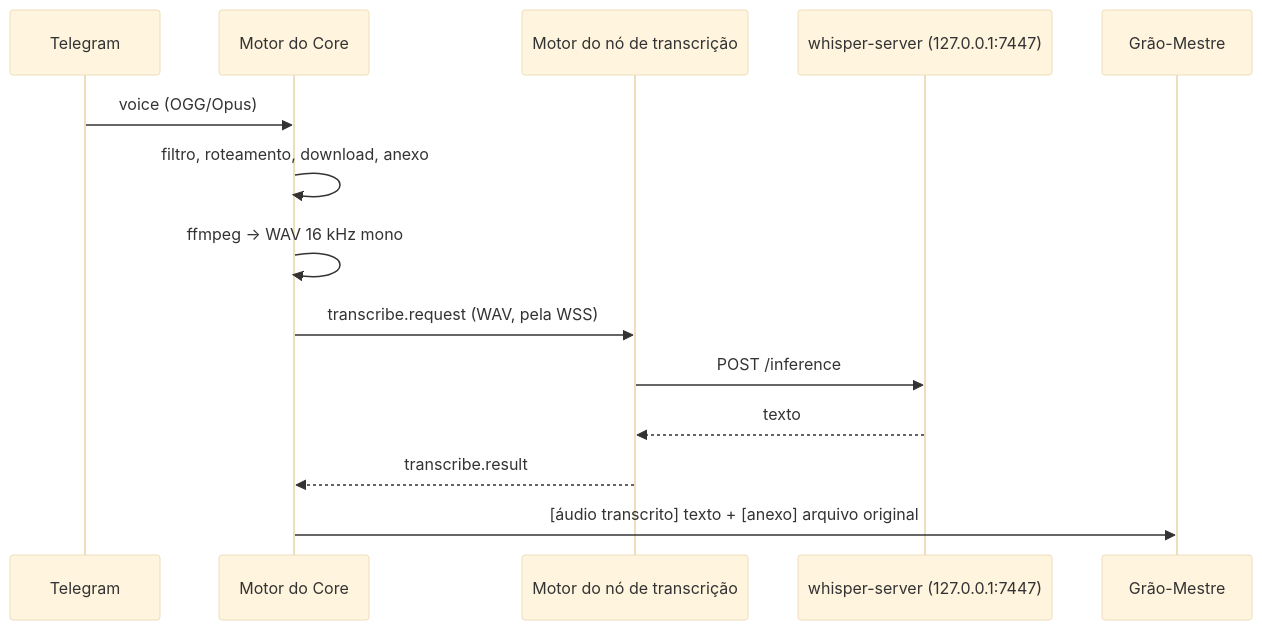
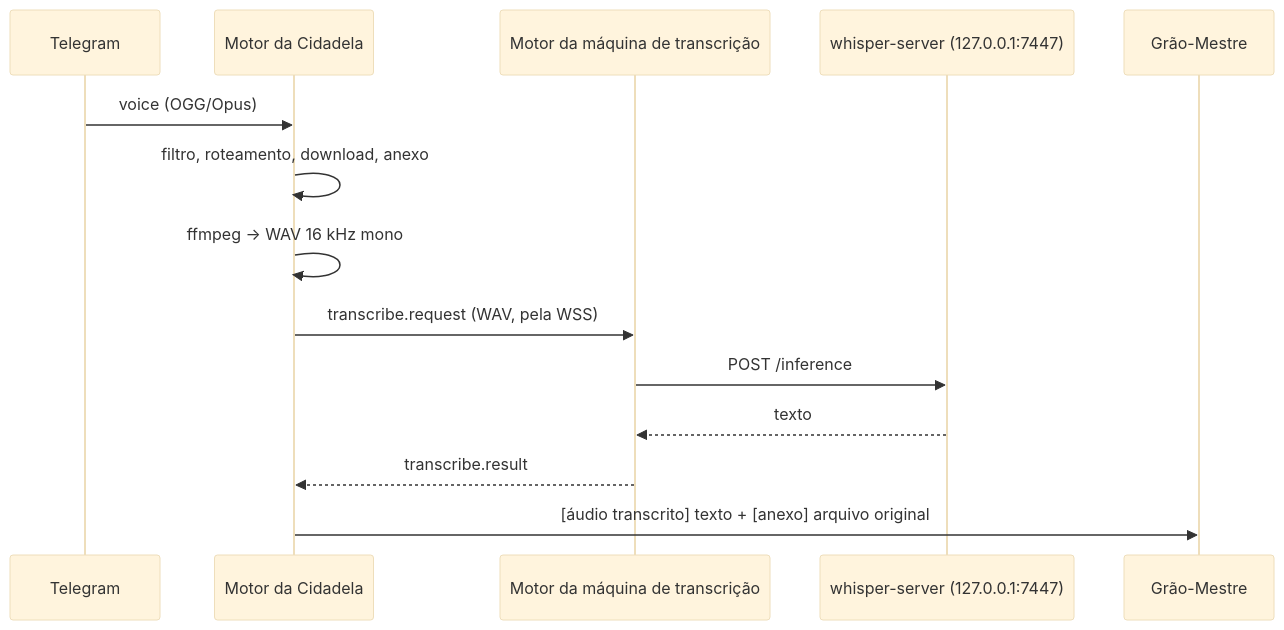
Before and after one commit to lucasndas/mestre: the diagram in docs/telegram/anexos-e-transcricao.md, drawn with Mermaid (base theme). The commit also changed other lines of this file and 142 other files, not shown here.

````diff
--- a/docs/telegram/anexos-e-transcricao.md
+++ b/docs/telegram/anexos-e-transcricao.md
@@ -75,16 +76,16 @@
 ```mermaid
 sequenceDiagram
   participant T as Telegram
-  participant M as Motor do Core
-  participant N as Motor do nó de transcrição
+  participant M as Motor da Cidadela
+  participant N as Motor da máquina de transcrição
   participant W as whisper-server (127.0.0.1:7447)
   participant G as Grão-Mestre
   T->>M: voice (OGG/Opus)
   M->>M: filtro, roteamento, download, anexo
   M->>M: ffmpeg → WAV 16 kHz mono
   M->>N: transcribe.request (WAV, pela WSS)
   N->>W: POST /inference
   W-->>N: texto
   N-->>M: transcribe.result
   M->>G: [áudio transcrito] texto + [anexo] arquivo original
 ```
````
